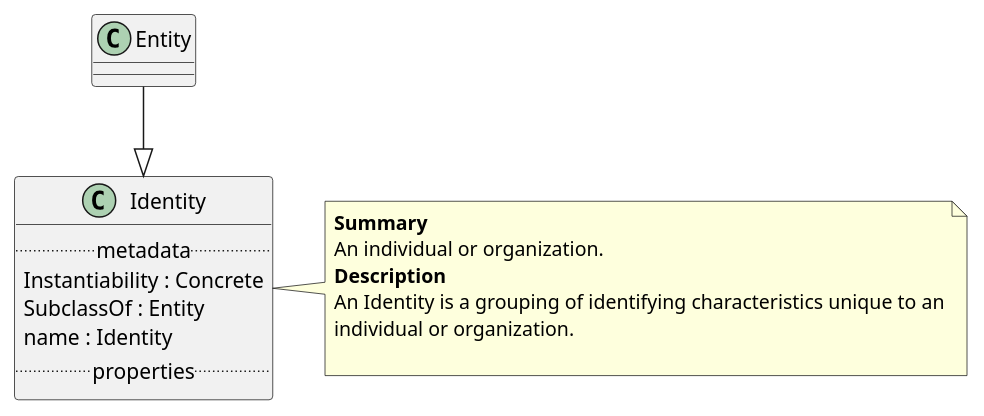
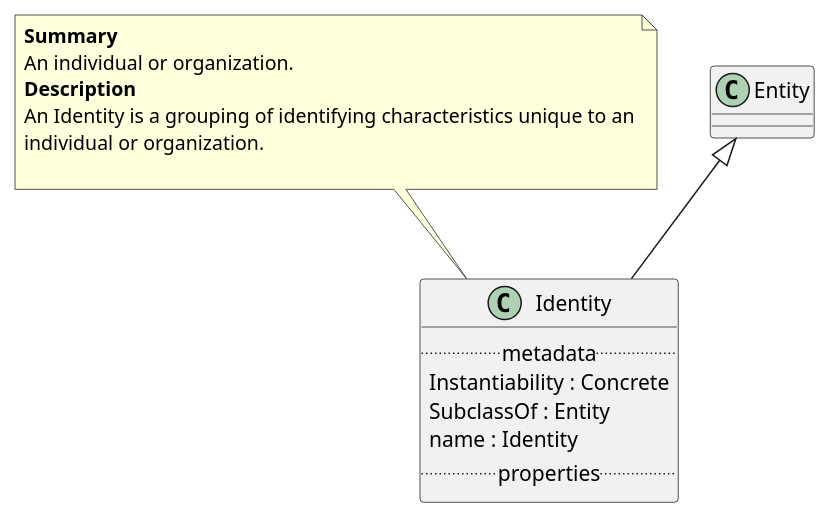
The diagram in Classes/Identity.puml (maxhbr/spec-parser.hs), drawn with PlantUML before and after one commit. The commit also changed 51 other files, not shown here.

```diff
--- a/Classes/Identity.puml
+++ b/Classes/Identity.puml
@@ -1,18 +1,18 @@
 @startuml
 class Identity {
 .. metadata ..
     Instantiability : Concrete
     SubclassOf : Entity
     name : Identity
 .. properties ..
 }
-note right of Identity
+note top of Identity
 <b>Summary</b>
 An individual or organization.
 <b>Description</b>
 An Identity is a grouping of identifying characteristics unique to an
 individual or organization.
 
 end note
-"Entity" --|> "Identity"
+"Entity" <|-- "Identity"
 @enduml
```
